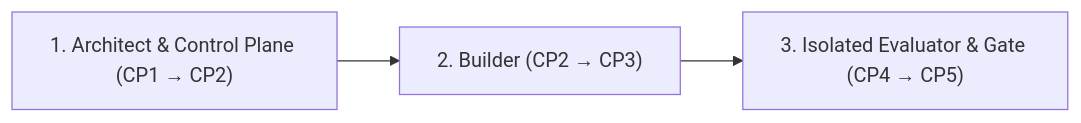
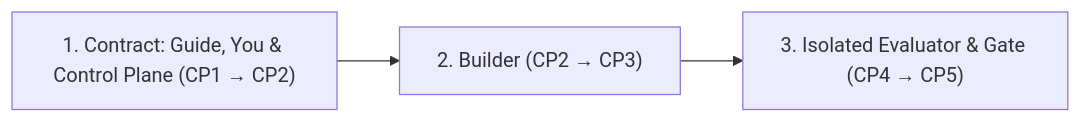
One commit to goadesign/surla changed the diagram in docs/HOW_IT_WORKS.md. Above: the diagram before and after it, drawn with Mermaid. The commit also changed other lines of this file and 17 other files, not shown here.

````diff
--- a/docs/HOW_IT_WORKS.md
+++ b/docs/HOW_IT_WORKS.md
@@ -15,5 +15,5 @@
 ```mermaid
 flowchart LR
-    A["1. Architect & Control Plane (CP1 → CP2)"] --> B["2. Builder (CP2 → CP3)"]
+    A["1. Contract: Guide, You & Control Plane (CP1 → CP2)"] --> B["2. Builder (CP2 → CP3)"]
     B --> C["3. Isolated Evaluator & Gate (CP4 → CP5)"]
 ```
````
